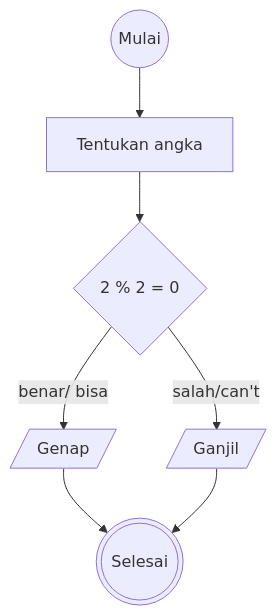
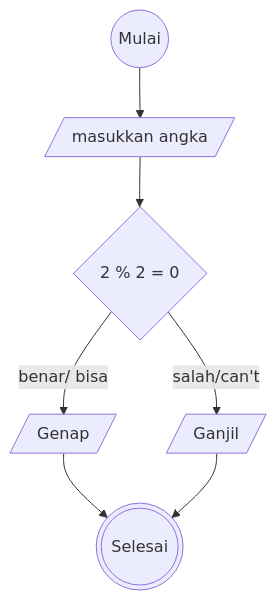
One commit to Dwaysetya/fgo24-Algoritma changed the diagram in MembuatAlgoritmaBilangan Ganjil dan Genap.md. Above: the diagram before and after it, drawn with Mermaid.

````diff
--- a/MembuatAlgoritmaBilangan Ganjil dan Genap.md
+++ b/MembuatAlgoritmaBilangan Ganjil dan Genap.md
@@ -25,7 +25,7 @@
 ```mermaid
 flowchart TD
-    A@{ shape: circle, label: "Mulai" } --> 1A@{ shape: rect, label: "Tentukan angka " } -->
+    A@{ shape: circle, label: "Mulai" } --> 1A@{ shape: lean-r, label: "masukkan angka" } -->
     2A@{ shape: diamond, label: "2 % 2 = 0" } --> |benar/ bisa| 3A@{ shape: lean-r, label: "Genap" } --> 5A@{ shape: dbl-circ, label: "Selesai" }
     2A@{ shape: diamond, label: "2 % 2 = 0" } --> |salah/can't| 4A@{ shape: lean-r, label: "Ganjil" } --> 5A@{ shape: dbl-circ, label: "Selesai" }
 
 ```
````
